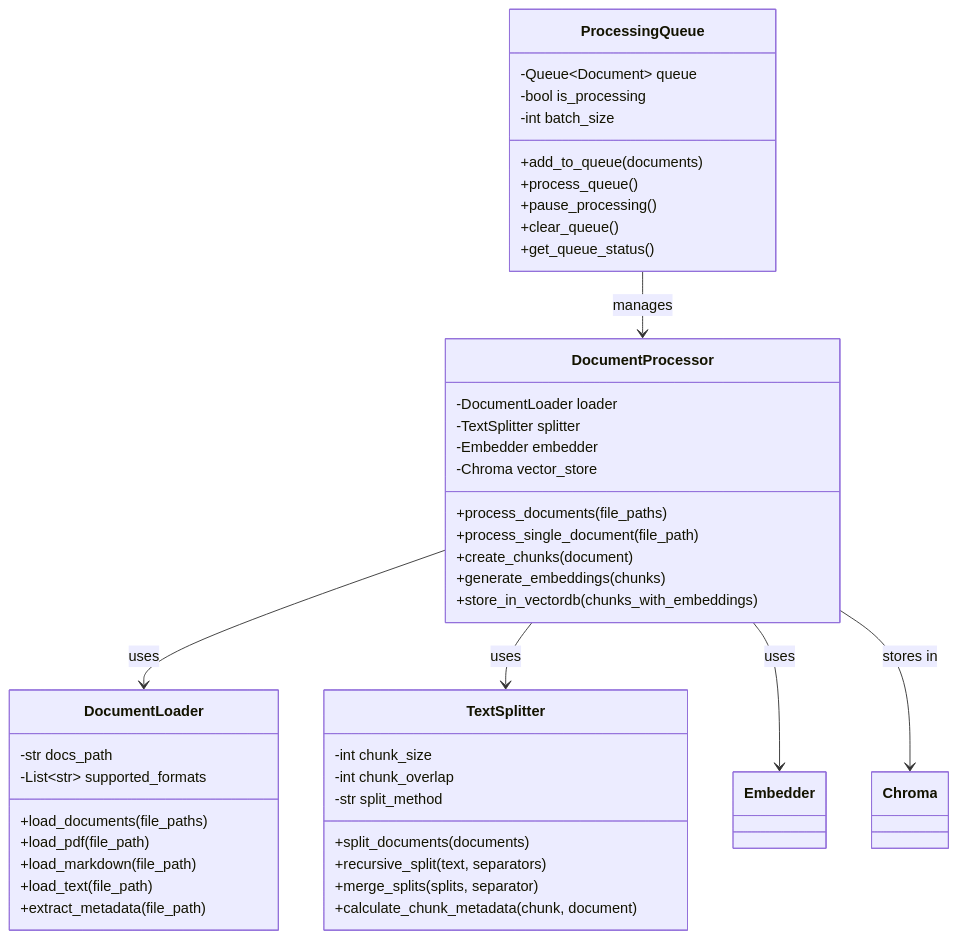
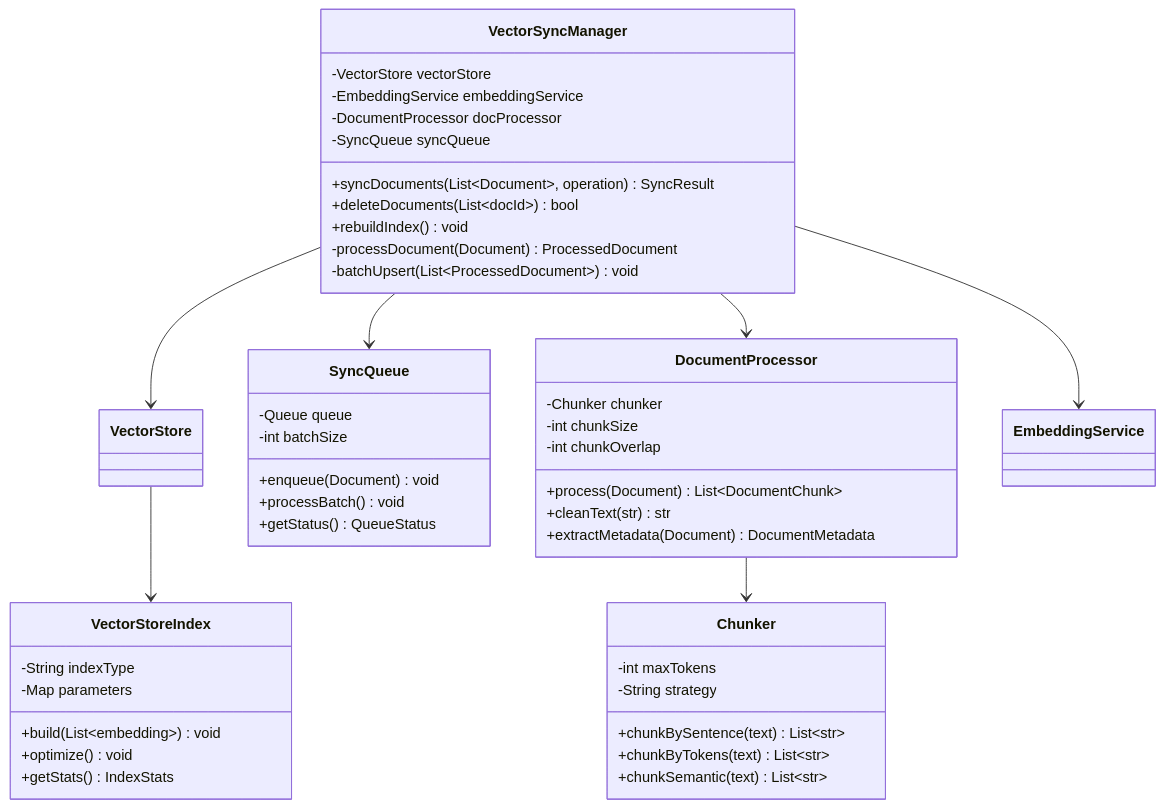
The fifth of 13 diagrams in README.md (tvanle/Module2-HTTM), drawn with Mermaid before and after one commit. The commit also changed other lines of this file, not shown here.

````diff
--- a/README.md
+++ b/README.md
@@ -402,51 +494,54 @@
 ```mermaid
 classDiagram
-    class DocumentLoader {
-        -str docs_path
-        -List~str~ supported_formats
-        +load_documents(file_paths)
-        +load_pdf(file_path)
-        +load_markdown(file_path)
-        +load_text(file_path)
-        +extract_metadata(file_path)
-    }
-
-    class TextSplitter {
-        -int chunk_size
-        -int chunk_overlap
-        -str split_method
-        +split_documents(documents)
-        +recursive_split(text, separators)
-        +merge_splits(splits, separator)
-        +calculate_chunk_metadata(chunk, document)
+    class VectorSyncManager {
+        -VectorStore vectorStore
+        -EmbeddingService embeddingService
+        -DocumentProcessor docProcessor
+        -SyncQueue syncQueue
+        +syncDocuments(List~Document~, operation) SyncResult
+        +deleteDocuments(List~docId~) bool
+        +rebuildIndex() void
+        -processDocument(Document) ProcessedDocument
+        -batchUpsert(List~ProcessedDocument~) void
     }
 
     class DocumentProcessor {
-        -DocumentLoader loader
-        -TextSplitter splitter
-        -Embedder embedder
-        -Chroma vector_store
-        +process_documents(file_paths)
-        +process_single_document(file_path)
-        +create_chunks(document)
-        +generate_embeddings(chunks)
-        +store_in_vectordb(chunks_with_embeddings)
+        -Chunker chunker
+        -int chunkSize
+        -int chunkOverlap
+        +process(Document) List~DocumentChunk~
+        +cleanText(str) str
+        +extractMetadata(Document) DocumentMetadata
     }
 
-    class ProcessingQueue {
-        -Queue~Document~ queue
-        -bool is_processing
-        -int batch_size
-        +add_to_queue(documents)
-        +process_queue()
-        +pause_processing()
-        +clear_queue()
-        +get_queue_status()
+    class Chunker {
+        -int maxTokens
+        -String strategy
+        +chunkBySentence(text) List~str~
+        +chunkByTokens(text) List~str~
+        +chunkSemantic(text) List~str~
     }
 
-    DocumentProcessor --> DocumentLoader : uses
-    DocumentProcessor --> TextSplitter : uses
-    DocumentProcessor --> Embedder : uses
-    DocumentProcessor --> Chroma : stores in
-    ProcessingQueue --> DocumentProcessor : manages
+    class SyncQueue {
+        -Queue queue
+        -int batchSize
+        +enqueue(Document) void
+        +processBatch() void
+        +getStatus() QueueStatus
+    }
+
+    class VectorStoreIndex {
+        -String indexType
+        -Map parameters
+        +build(List~embedding~) void
+        +optimize() void
+        +getStats() IndexStats
+    }
+
+    VectorSyncManager --> VectorStore
+    VectorSyncManager --> EmbeddingService
+    VectorSyncManager --> DocumentProcessor
+    VectorSyncManager --> SyncQueue
+    DocumentProcessor --> Chunker
+    VectorStore --> VectorStoreIndex
 ```
````
